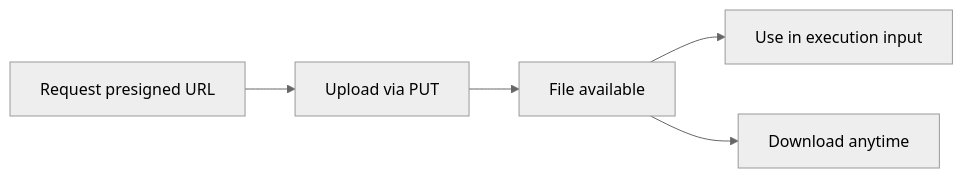
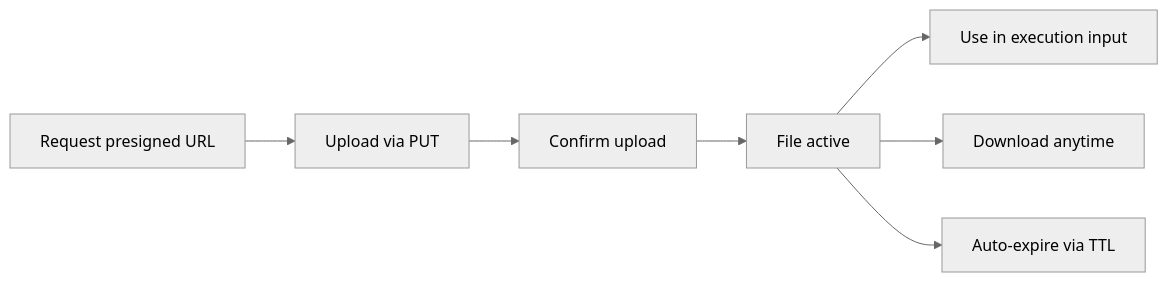
One commit to c5ks/docs changed the diagram in files/overview.mdx. Above: the diagram before and after it, drawn with Mermaid (neutral theme). The commit also changed other lines of this file and 2 other files, not shown here.

First line of the commit message:
Rewrite file docs: zero-trust upload API, remove pricing comparison (#2)

````diff
--- a/files/overview.mdx
+++ b/files/overview.mdx
@@ -39,7 +50,9 @@
 ```mermaid
 flowchart LR
     A[Request presigned URL] --> B[Upload via PUT]
-    B --> C[File available]
-    C --> D[Use in execution input]
-    C --> E[Download anytime]
+    B --> C[Confirm upload]
+    C --> D[File active]
+    D --> E[Use in execution input]
+    D --> F[Download anytime]
+    D --> G[Auto-expire via TTL]
 ```
````
